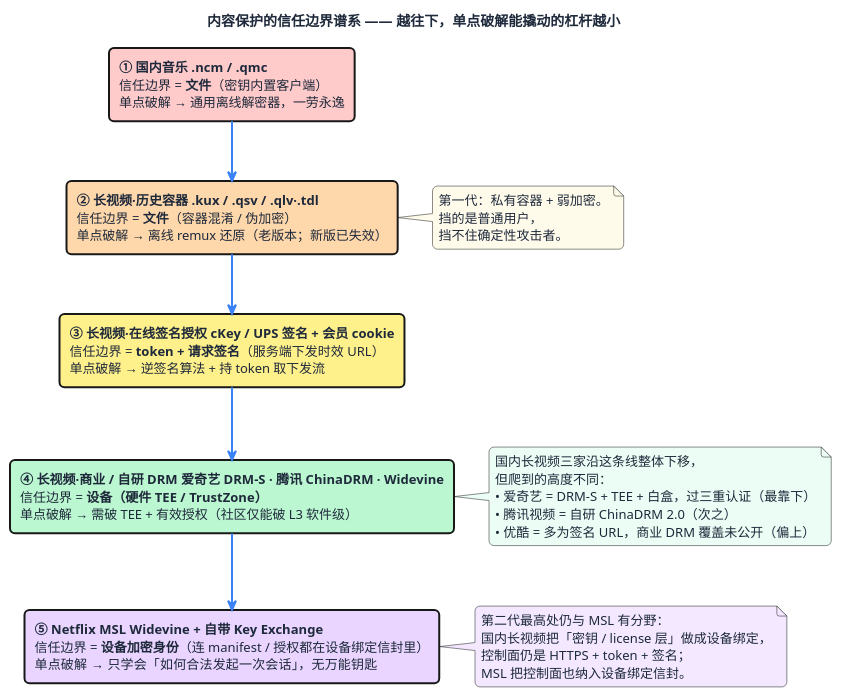
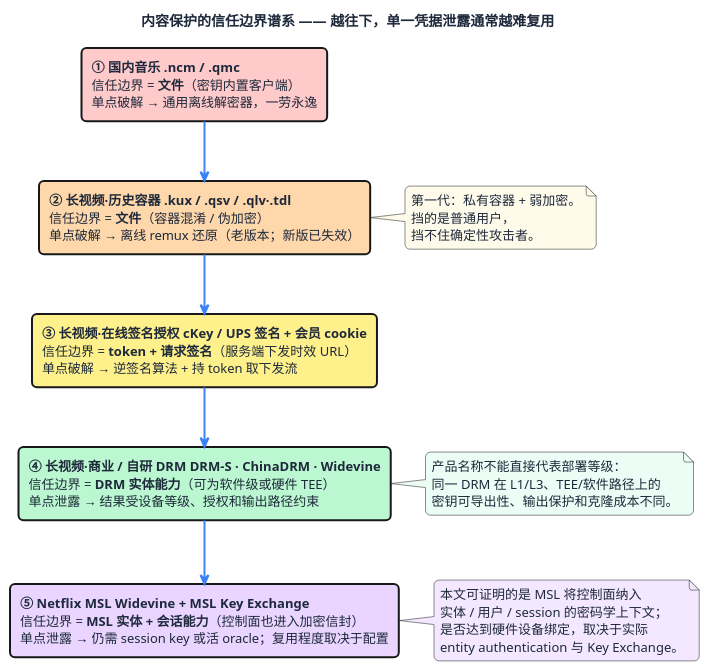
Before and after one commit to overkazaf/blogs: the diagram in static/images/msl-protocol-analysis/trust-boundary-spectrum.puml, drawn with PlantUML. The commit also changed 8 other files, not shown here.

```diff
--- a/static/images/msl-protocol-analysis/trust-boundary-spectrum.puml
+++ b/static/images/msl-protocol-analysis/trust-boundary-spectrum.puml
@@ -1,48 +1,46 @@
 @startuml
 skinparam backgroundColor #FFFFFF
 skinparam defaultFontName "Segoe UI,Helvetica,Arial,sans-serif"
 skinparam defaultFontSize 13
 skinparam defaultFontColor #1e293b
 skinparam shadowing false
 skinparam roundCorner 10
 skinparam arrowColor #3b82f6
 skinparam arrowThickness 2
 skinparam rectangle {
   BorderThickness 2
 }
 
-title 内容保护的信任边界谱系 —— 越往下，单点破解能撬动的杠杆越小
+title 内容保护的信任边界谱系 —— 越往下，单一凭据泄露通常越难复用
 
 rectangle "**① 国内音乐  .ncm / .qmc**\n信任边界 = **文件**（密钥内置客户端）\n单点破解 → 通用离线解密器，一劳永逸" as A #fecaca
 rectangle "**② 长视频·历史容器  .kux / .qsv / .qlv·.tdl**\n信任边界 = **文件**（容器混淆 / 伪加密）\n单点破解 → 离线 remux 还原（老版本；新版已失效）" as B #fed7aa
 rectangle "**③ 长视频·在线签名授权  cKey / UPS 签名 + 会员 cookie**\n信任边界 = **token + 请求签名**（服务端下发时效 URL）\n单点破解 → 逆签名算法 + 持 token 取下发流" as C #fef08a
-rectangle "**④ 长视频·商业 / 自研 DRM  爱奇艺 DRM-S · 腾讯 ChinaDRM · Widevine**\n信任边界 = **设备（硬件 TEE / TrustZone）**\n单点破解 → 需破 TEE + 有效授权（社区仅能破 L3 软件级）" as D #bbf7d0
-rectangle "**⑤ Netflix MSL  Widevine + 自带 Key Exchange**\n信任边界 = **设备加密身份**（连 manifest / 授权都在设备绑定信封里）\n单点破解 → 只学会「如何合法发起一次会话」，无万能钥匙" as E #e9d5ff
+rectangle "**④ 长视频·商业 / 自研 DRM  DRM-S · ChinaDRM · Widevine**\n信任边界 = **DRM 实体能力**（可为软件级或硬件 TEE）\n单点泄露 → 结果受设备等级、授权和输出路径约束" as D #bbf7d0
+rectangle "**⑤ Netflix MSL  Widevine + MSL Key Exchange**\n信任边界 = **MSL 实体 + 会话能力**（控制面也进入加密信封）\n单点泄露 → 仍需 session key 或活 oracle；复用程度取决于配置" as E #e9d5ff
 
 A -down-> B
 B -down-> C
 C -down-> D
 D -down-> E
 
 note right of B #fffbeb
 第一代：私有容器 + 弱加密。
 挡的是普通用户，
 挡不住确定性攻击者。
 end note
 
 note right of D #ecfdf5
-国内长视频三家沿这条线整体下移，
-但爬到的高度不同：
-• 爱奇艺 = DRM-S + TEE + 白盒，过三重认证（最靠下）
-• 腾讯视频 = 自研 ChinaDRM 2.0（次之）
-• 优酷 = 多为签名 URL，商业 DRM 覆盖未公开（偏上）
+产品名称不能直接代表部署等级：
+同一 DRM 在 L1/L3、TEE/软件路径上的
+密钥可导出性、输出保护和克隆成本不同。
 end note
 
 note right of E #f3e8ff
-第二代最高处仍与 MSL 有分野：
-国内长视频把「密钥 / license 层」做成设备绑定，
-控制面仍是 HTTPS + token + 签名；
-MSL 把控制面也纳入设备绑定信封。
+本文可证明的是 MSL 将控制面纳入
+实体 / 用户 / session 的密码学上下文；
+是否达到硬件设备绑定，取决于实际
+entity authentication 与 Key Exchange。
 end note
 
 @enduml
```
